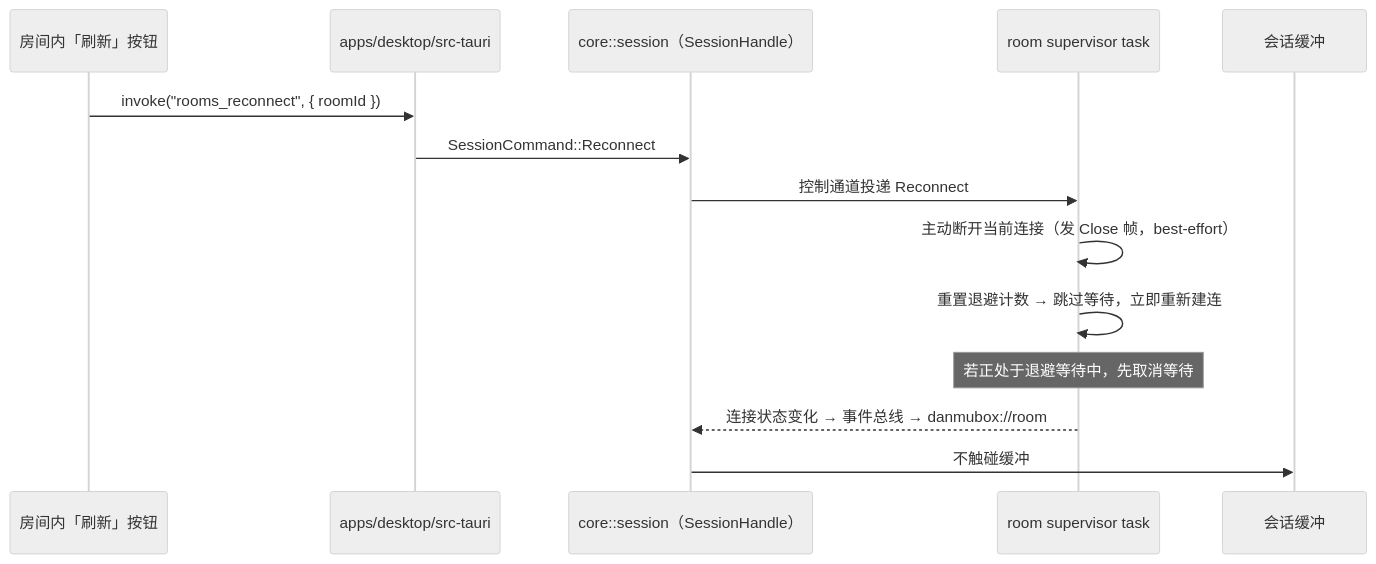
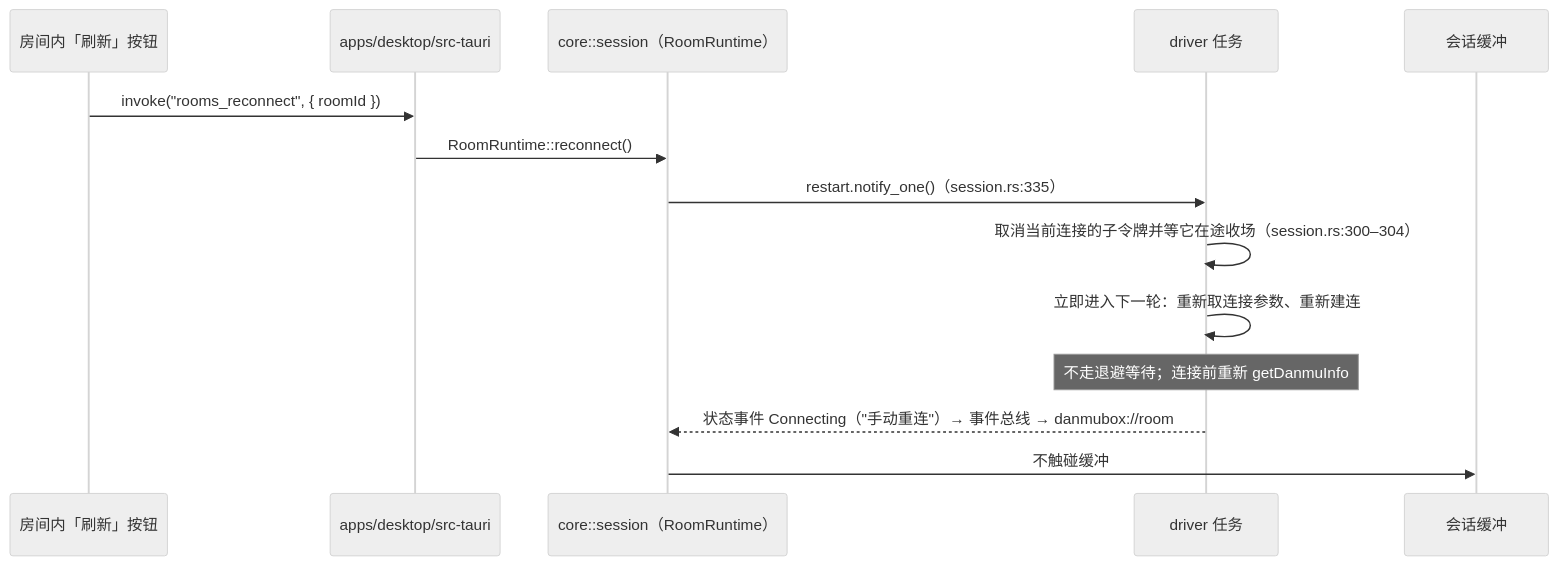
One commit to HakaseZ/danmubox changed the fourth of 6 diagrams in docs/architecture.md. Above: the diagram before and after it, drawn with Mermaid (neutral theme). The commit also changed other lines of this file and 15 other files, not shown here.

````diff
--- a/docs/architecture.md
+++ b/docs/architecture.md
@@ -219,16 +240,16 @@
 ```mermaid
 sequenceDiagram
   participant U as 房间内「刷新」按钮
   participant C as apps/desktop/src-tauri
-  participant S as core::session（SessionHandle）
-  participant W as room supervisor task
+  participant S as core::session（RoomRuntime）
+  participant D as driver 任务
   participant B as 会话缓冲
   U->>C: invoke("rooms_reconnect", { roomId })
-  C->>S: SessionCommand::Reconnect
-  S->>W: 控制通道投递 Reconnect
-  W->>W: 主动断开当前连接（发 Close 帧，best-effort）
-  W->>W: 重置退避计数 → 跳过等待，立即重新建连
-  Note over W: 若正处于退避等待中，先取消等待
-  W-->>S: 连接状态变化 → 事件总线 → danmubox://room
+  C->>S: RoomRuntime::reconnect()
+  S->>D: restart.notify_one()（session.rs:335）
+  D->>D: 取消当前连接的子令牌并等它在途收场（session.rs:300–304）
+  D->>D: 立即进入下一轮：重新取连接参数、重新建连
+  Note over D: 不走退避等待；连接前重新 getDanmuInfo
+  D-->>S: 状态事件 Connecting（"手动重连"）→ 事件总线 → danmubox://room
   S->>B: 不触碰缓冲
 ```
````
